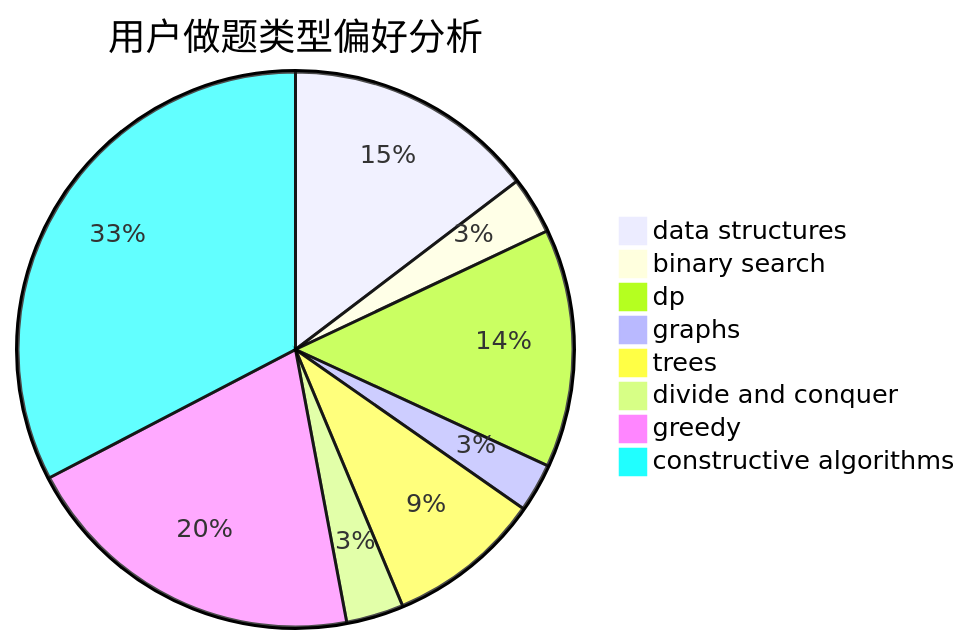
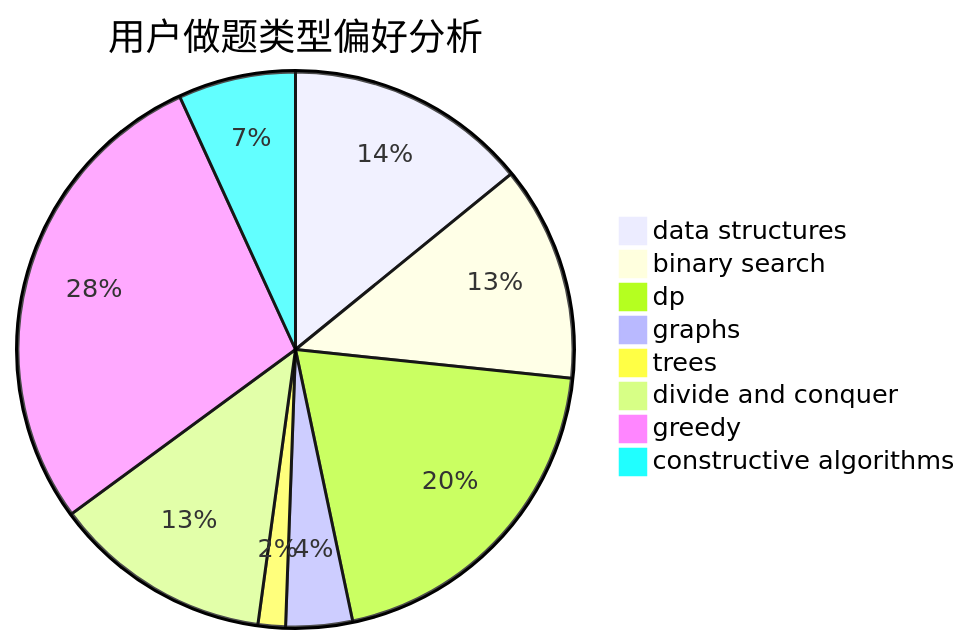
Before and after one commit to sherpahu/cfrs.github.io: the second of 3 diagrams in docs/user/u2686.md, drawn with Mermaid. The commit also changed other lines of this file and 2770 other files, not shown here.

````diff
--- a/docs/user/u2686.md
+++ b/docs/user/u2686.md
@@ -23,11 +23,11 @@
 ```mermaid
 pie title 用户做题类型偏好分析
-    "data structures" :  57
-    "binary search" :  13
-    "dp" :  54
-    "graphs" :  11
-    "trees" :  35
-    "divide and conquer" :  13
-    "greedy" :  79
-    "constructive algorithms" :  127
+    "data structures" :  62
+    "binary search" :  55
+    "dp" :  88
+    "graphs" :  17
+    "trees" :  7
+    "divide and conquer" :  56
+    "greedy" :  124
+    "constructive algorithms" :  30
 ```
````
